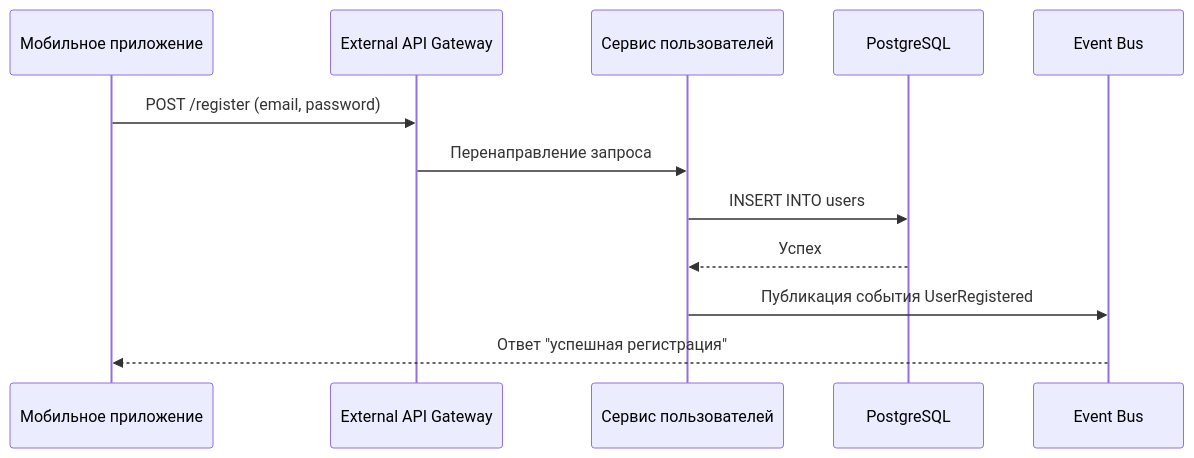
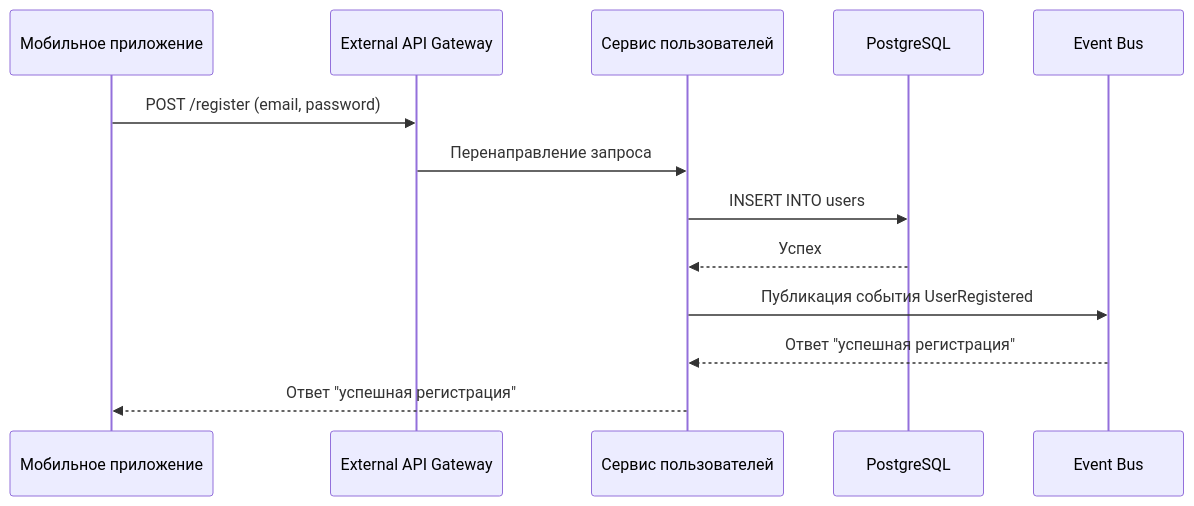
One commit to andreyantropov/architect-coursework changed the diagram in architecture/application-usage-scenarios/registration.md. Above: the diagram before and after it, drawn with Mermaid. The commit also changed other lines of this file and 17 other files, not shown here.

````diff
--- a/architecture/application-usage-scenarios/registration.md
+++ b/architecture/application-usage-scenarios/registration.md
@@ -3,15 +3,16 @@
 ```mermaid
 sequenceDiagram
     participant M as Мобильное приложение
     participant A as External API Gateway
     participant U as Сервис пользователей
     participant DB as PostgreSQL
     participant E as Event Bus
 
     M->>A: POST /register (email, password)
     A->>U: Перенаправление запроса
     U->>DB: INSERT INTO users
     DB-->>U: Успех
     U->>E: Публикация события UserRegistered
-    E-->>M: Ответ "успешная регистрация"
+    E-->>U: Ответ "успешная регистрация"
+    U-->>M: Ответ "успешная регистрация"
 ```
````
